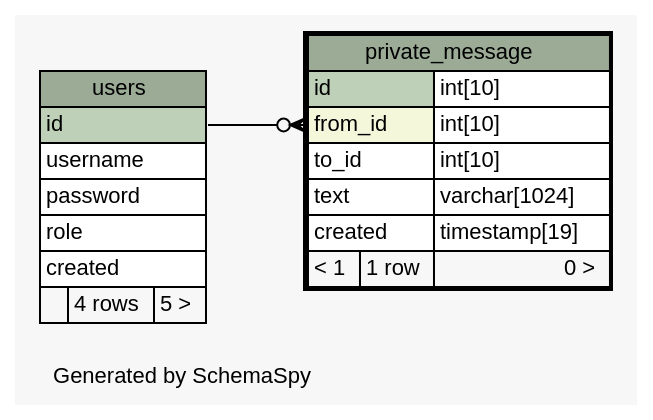
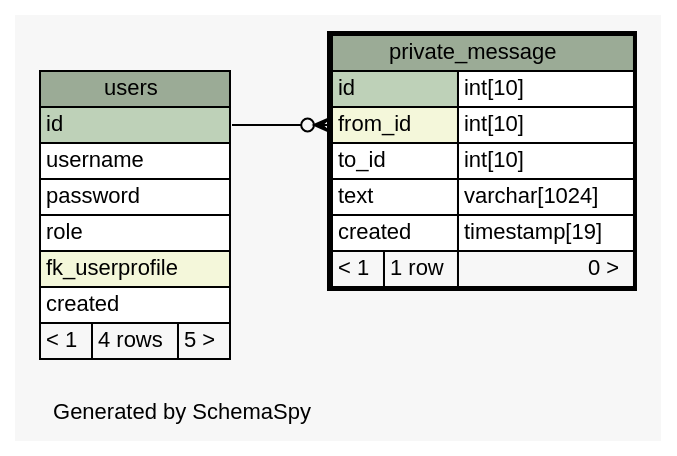
Before and after one commit to chr-krenn/chr-krenn-fhj-ws2017-sd17-pse: the diagram in doc/db_schema/diagrams/private_message.1degree.dot, drawn with Graphviz. The commit also changed 60 other files, not shown here.

```diff
--- a/doc/db_schema/diagrams/private_message.1degree.dot
+++ b/doc/db_schema/diagrams/private_message.1degree.dot
@@ -1,51 +1,52 @@
 // dot 2.40.1 on Linux 4.12.5-300.fc26.x86_64
 // SchemaSpy rev 590
 digraph "oneDegreeRelationshipsDiagram" {
   graph [
     rankdir="RL"
     bgcolor="#f7f7f7"
     label="\nGenerated by SchemaSpy"
     labeljust="l"
     nodesep="0.18"
     ranksep="0.46"
     fontname="Helvetica"
     fontsize="11"
   ];
   node [
     fontname="Helvetica"
     fontsize="11"
     shape="plaintext"
   ];
   edge [
     arrowsize="0.8"
   ];
   "private_message":"from_id":w -> "users":"id":e [arrowhead=none dir=back arrowtail=crowodot];
   "private_message" [
     label=<
     <TABLE BORDER="2" CELLBORDER="1" CELLSPACING="0" BGCOLOR="#ffffff">
       <TR><TD COLSPAN="3" BGCOLOR="#9bab96" ALIGN="CENTER">private_message</TD></TR>
       <TR><TD PORT="id" COLSPAN="2" BGCOLOR="#bed1b8" ALIGN="LEFT">id</TD><TD PORT="id.type" ALIGN="LEFT">int[10]</TD></TR>
       <TR><TD PORT="from_id" COLSPAN="2" BGCOLOR="#f4f7da" ALIGN="LEFT">from_id</TD><TD PORT="from_id.type" ALIGN="LEFT">int[10]</TD></TR>
       <TR><TD PORT="to_id" COLSPAN="2" ALIGN="LEFT">to_id</TD><TD PORT="to_id.type" ALIGN="LEFT">int[10]</TD></TR>
       <TR><TD PORT="text" COLSPAN="2" ALIGN="LEFT">text</TD><TD PORT="text.type" ALIGN="LEFT">varchar[1024]</TD></TR>
       <TR><TD PORT="created" COLSPAN="2" ALIGN="LEFT">created</TD><TD PORT="created.type" ALIGN="LEFT">timestamp[19]</TD></TR>
       <TR><TD ALIGN="LEFT" BGCOLOR="#f7f7f7">&lt; 1</TD><TD ALIGN="RIGHT" BGCOLOR="#f7f7f7">1 row</TD><TD ALIGN="RIGHT" BGCOLOR="#f7f7f7">0 &gt;</TD></TR>
     </TABLE>>
     URL="private_message.html"
     tooltip="private_message"
   ];
   "users" [
     label=<
     <TABLE BORDER="0" CELLBORDER="1" CELLSPACING="0" BGCOLOR="#ffffff">
       <TR><TD COLSPAN="3" BGCOLOR="#9bab96" ALIGN="CENTER">users</TD></TR>
       <TR><TD PORT="id" COLSPAN="3" BGCOLOR="#bed1b8" ALIGN="LEFT">id</TD></TR>
       <TR><TD PORT="username" COLSPAN="3" ALIGN="LEFT">username</TD></TR>
       <TR><TD PORT="password" COLSPAN="3" ALIGN="LEFT">password</TD></TR>
       <TR><TD PORT="role" COLSPAN="3" ALIGN="LEFT">role</TD></TR>
+      <TR><TD PORT="fk_userprofile" COLSPAN="3" BGCOLOR="#f4f7da" ALIGN="LEFT">fk_userprofile</TD></TR>
       <TR><TD PORT="created" COLSPAN="3" ALIGN="LEFT">created</TD></TR>
-      <TR><TD ALIGN="LEFT" BGCOLOR="#f7f7f7">  </TD><TD ALIGN="RIGHT" BGCOLOR="#f7f7f7">4 rows</TD><TD ALIGN="RIGHT" BGCOLOR="#f7f7f7">5 &gt;</TD></TR>
+      <TR><TD ALIGN="LEFT" BGCOLOR="#f7f7f7">&lt; 1</TD><TD ALIGN="RIGHT" BGCOLOR="#f7f7f7">4 rows</TD><TD ALIGN="RIGHT" BGCOLOR="#f7f7f7">5 &gt;</TD></TR>
     </TABLE>>
     URL="users.html"
     tooltip="users"
   ];
 }
```
